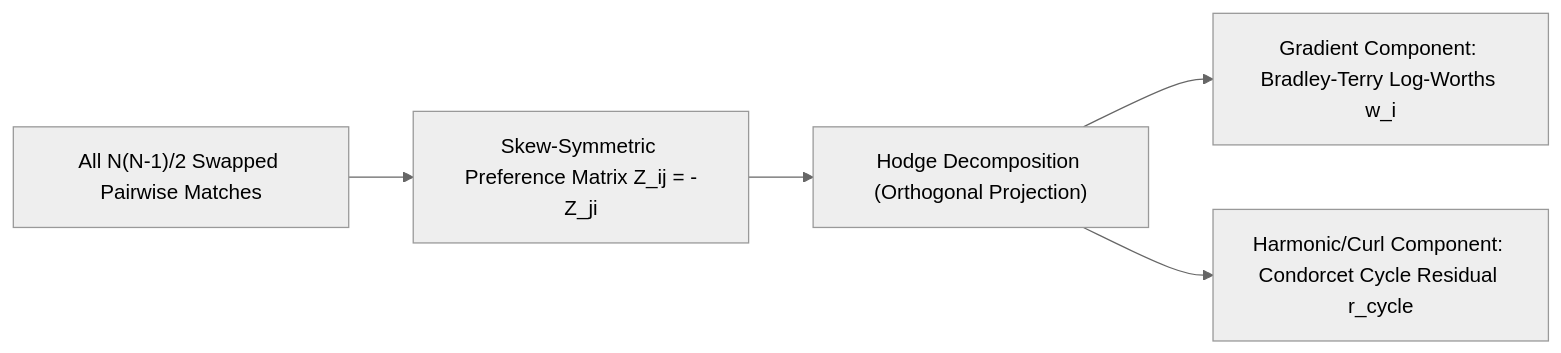
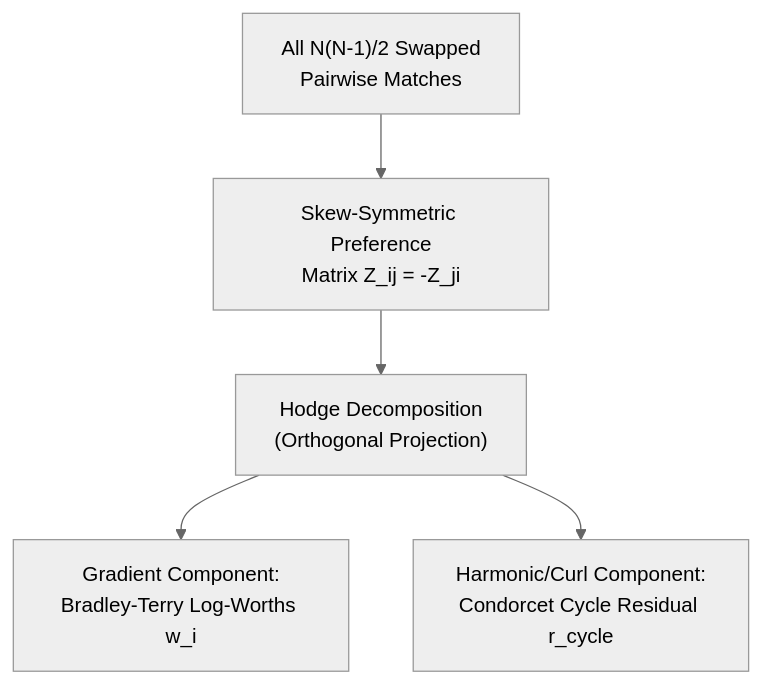
The diagram in docs/math_and_debiasing.md (jasonbdly/LogitGate), drawn with Mermaid (neutral theme) before and after one commit. The commit also changed other lines of this file and 24 other files, not shown here.

````diff
--- a/docs/math_and_debiasing.md
+++ b/docs/math_and_debiasing.md
@@ -195,7 +249,7 @@
 ```mermaid
-flowchart LR
-    pairs["All N(N-1)/2 Swapped Pairwise Matches"] --> skew["Skew-Symmetric Preference Matrix Z_ij = -Z_ji"]
-    skew --> hodge["Hodge Decomposition (Orthogonal Projection)"]
-    hodge --> BT["Gradient Component: Bradley-Terry Log-Worths w_i"]
-    hodge --> curl["Harmonic/Curl Component: Condorcet Cycle Residual r_cycle"]
+flowchart TD
+    pairs["All N(N-1)/2 Swapped<br/>Pairwise Matches"] --> skew["Skew-Symmetric Preference<br/>Matrix Z_ij = -Z_ji"]
+    skew --> hodge["Hodge Decomposition<br/>(Orthogonal Projection)"]
+    hodge --> BT["Gradient Component:<br/>Bradley-Terry Log-Worths w_i"]
+    hodge --> curl["Harmonic/Curl Component:<br/>Condorcet Cycle Residual r_cycle"]
 ```
````
